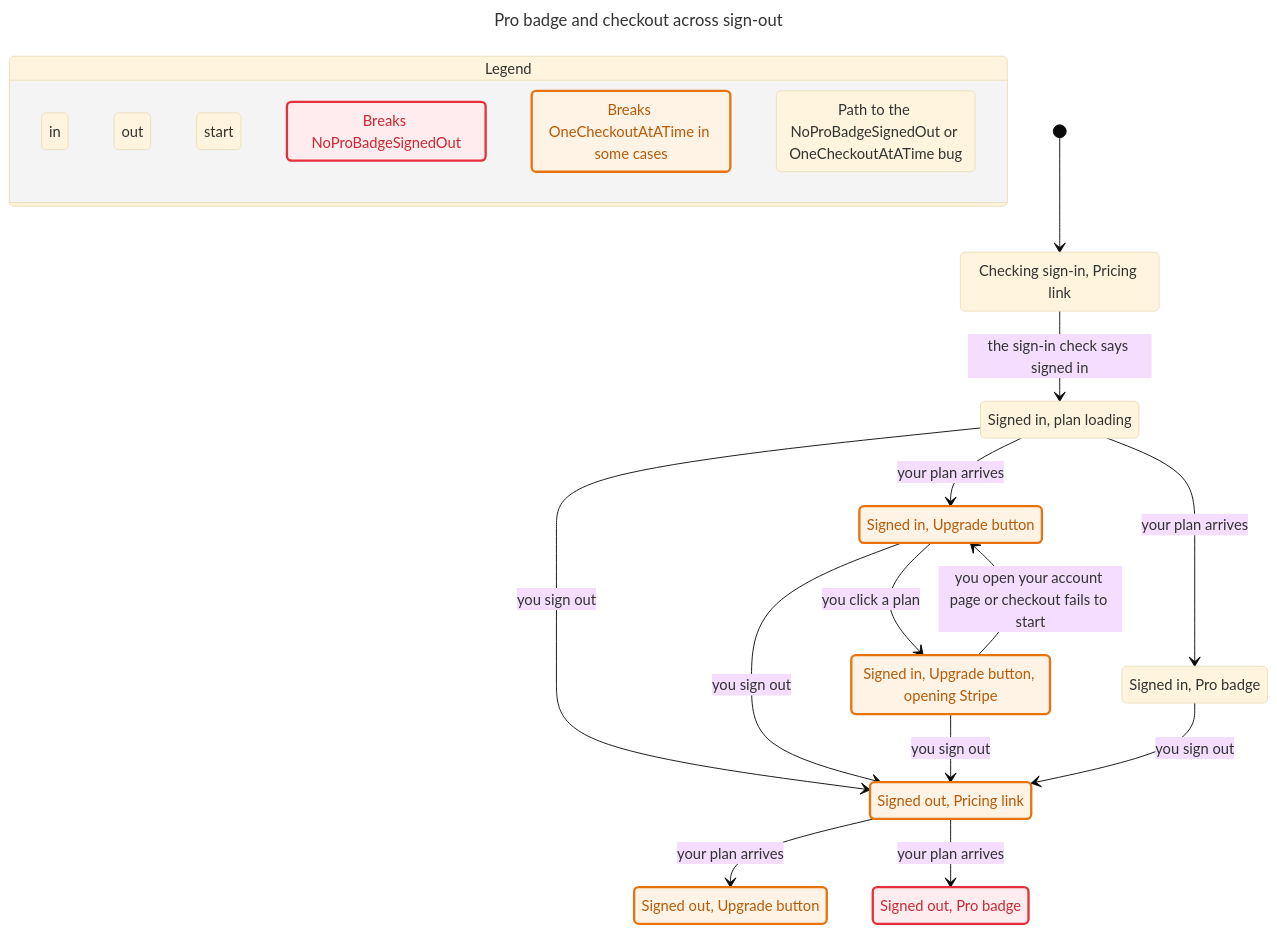
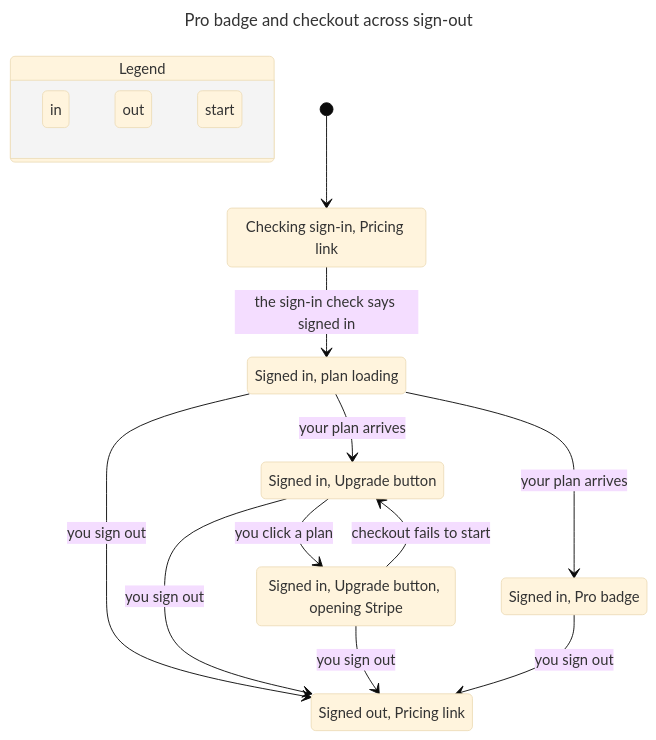
Before and after one commit to rowlandekemezie/gatechange: the diagram in verify/tla/client-billing/chart.mmd, drawn with Mermaid (base theme). The commit also changed 12 other files, not shown here.

```diff
--- a/verify/tla/client-billing/chart.mmd
+++ b/verify/tla/client-billing/chart.mmd
@@ -1,59 +1,34 @@
 ---
 title: "Pro badge and checkout across sign-out"
 ---
 stateDiagram-v2
   state "Legend" as legend {
     lg0: in
     lg1: out
     lg2: start
-    lg3: Breaks NoProBadgeSignedOut
-    lg4: Breaks OneCheckoutAtATime in some cases
-    lg5: Path to the NoProBadgeSignedOut or OneCheckoutAtATime bug
   }
   class lg0 blue
   class lg1 purple
   class lg2 tan
-  class lg3 breaks
-  class lg4 mayBreak
-  class lg5 bugPath
   s0: Checking sign-in, Pricing link
   s1: Signed in, plan loading
   s2: Signed out, Pricing link
   s3: Signed in, Upgrade button
   s4: Signed in, Pro badge
-  s5: Signed out, Upgrade button
-  s6: Signed out, Pro badge
-  s7: Signed in, Upgrade button, opening Stripe
+  s5: Signed in, Upgrade button, opening Stripe
   [*] --> s0
   s0 --> s1: the sign-in check says signed in
   s1 --> s2: you sign out
   s1 --> s3: your plan arrives
   s1 --> s4: your plan arrives
-  s2 --> s5: your plan arrives
-  s2 --> s6: your plan arrives
   s3 --> s2: you sign out
-  s3 --> s7: you click a plan
+  s3 --> s5: you click a plan
   s4 --> s2: you sign out
-  s7 --> s3: you open your account page or checkout fails to start
-  s7 --> s2: you sign out
-  classDef breaks fill:#ffecee,stroke:#e72e3b,stroke-width:2.5px,color:#cd2834
-  classDef mayBreak fill:#fff3e6,stroke:#e8730c,stroke-width:2.5px,color:#b85a06
+  s5 --> s3: checkout fails to start
+  s5 --> s2: you sign out
   class s0 tan
-  class s0 bugPath
   class s1 blue
-  class s1 bugPath
   class s2 purple
-  class s2 mayBreak
-  class s2 bugPath
   class s3 blue
-  class s3 mayBreak
-  class s3 bugPath
   class s4 blue
-  class s5 purple
-  class s5 mayBreak
-  class s6 purple
-  class s6 breaks
-  class s6 bugPath
-  class s7 blue
-  class s7 mayBreak
-  class s7 bugPath
+  class s5 blue
```
